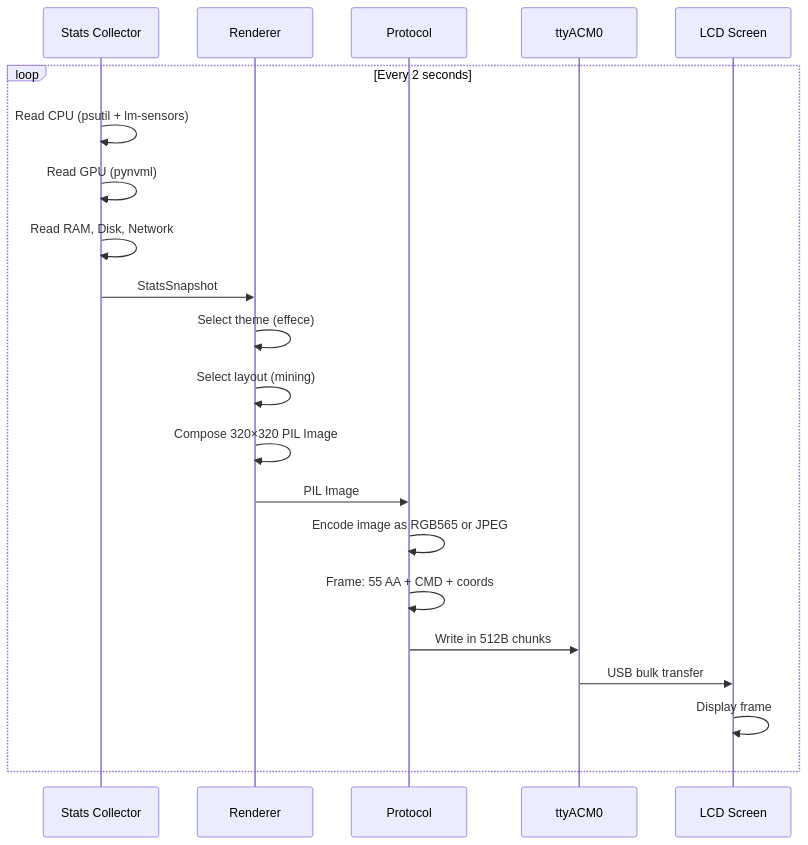
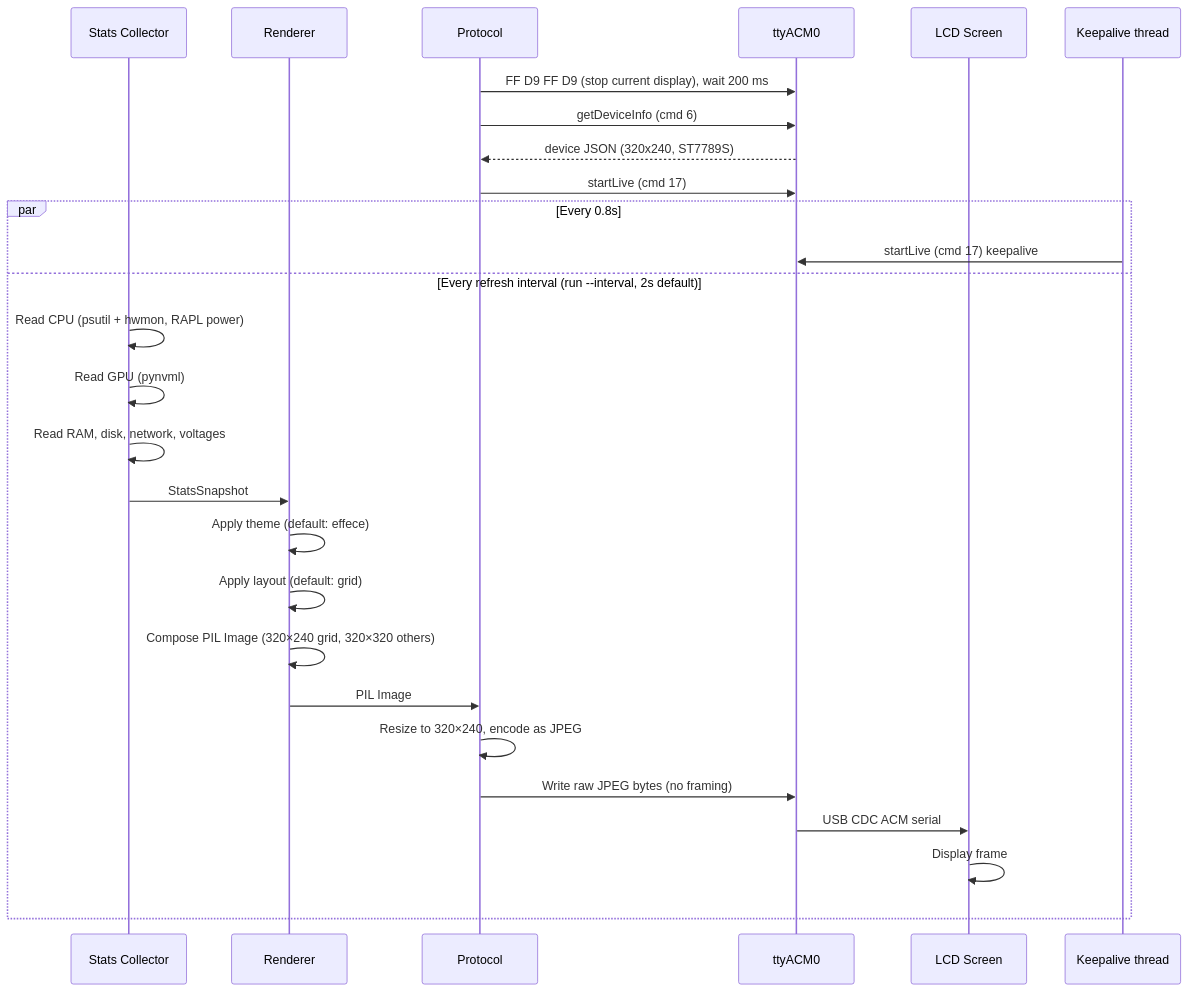
The diagram in docs/data-pipeline.md (effecet/astroshell-lcd), drawn with Mermaid before and after one commit. The commit also changed 7 other files, not shown here.

````diff
--- a/docs/data-pipeline.md
+++ b/docs/data-pipeline.md
@@ -3,27 +3,34 @@
 ```mermaid
 sequenceDiagram
     participant S as Stats Collector
     participant R as Renderer
     participant P as Protocol
     participant D as ttyACM0
     participant L as LCD Screen
+    participant K as Keepalive thread
 
-    loop Every 2 seconds
-        S->>S: Read CPU (psutil + lm-sensors)
+    P->>D: FF D9 FF D9 (stop current display), wait 200 ms
+    P->>D: getDeviceInfo (cmd 6)
+    D-->>P: device JSON (320x240, ST7789S)
+    P->>D: startLive (cmd 17)
+
+    par Every 0.8s
+        K->>D: startLive (cmd 17) keepalive
+    and Every refresh interval (run --interval, 2s default)
+        S->>S: Read CPU (psutil + hwmon, RAPL power)
         S->>S: Read GPU (pynvml)
-        S->>S: Read RAM, Disk, Network
+        S->>S: Read RAM, disk, network, voltages
         S->>R: StatsSnapshot
 
-        R->>R: Select theme (effece)
-        R->>R: Select layout (mining)
-        R->>R: Compose 320×320 PIL Image
+        R->>R: Apply theme (default: effece)
+        R->>R: Apply layout (default: grid)
+        R->>R: Compose PIL Image (320×240 grid, 320×320 others)
         R->>P: PIL Image
 
-        P->>P: Encode image as RGB565 or JPEG
-        P->>P: Frame: 55 AA + CMD + coords
-        P->>D: Write in 512B chunks
+        P->>P: Resize to 320×240, encode as JPEG
+        P->>D: Write raw JPEG bytes (no framing)
 
-        D->>L: USB bulk transfer
+        D->>L: USB CDC ACM serial
         L->>L: Display frame
     end
 ```
````
